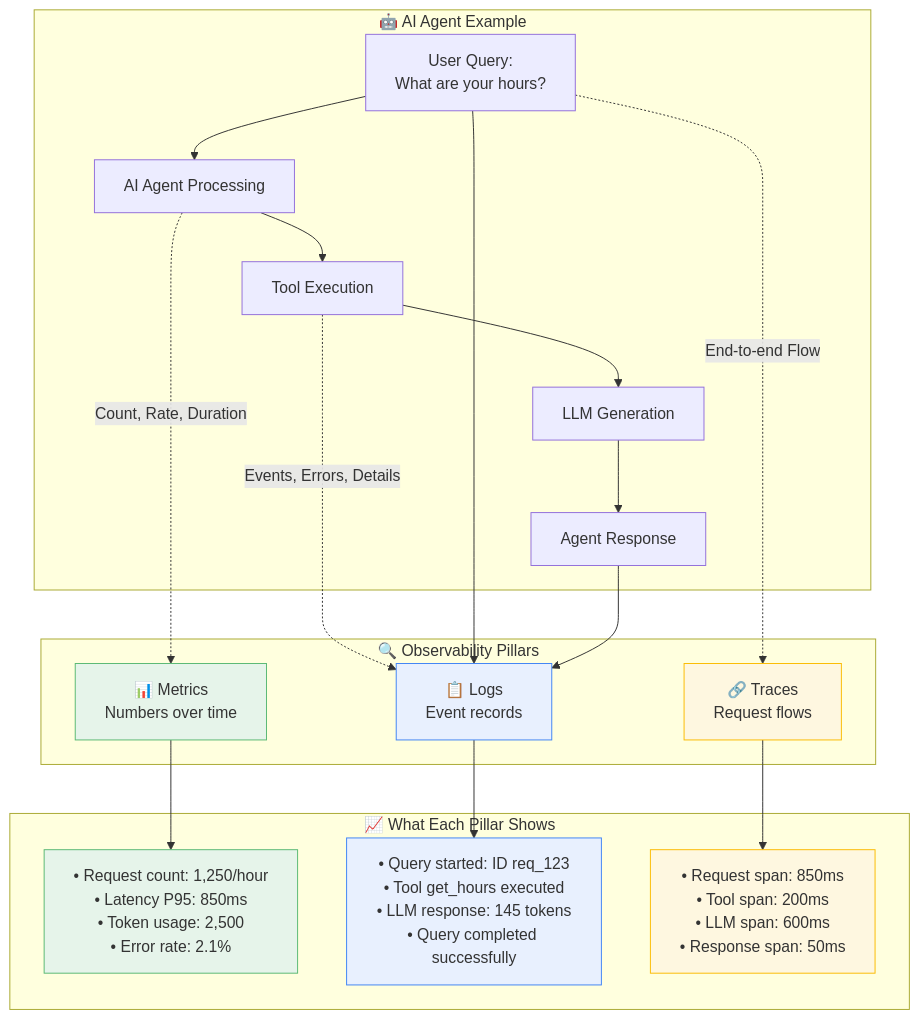
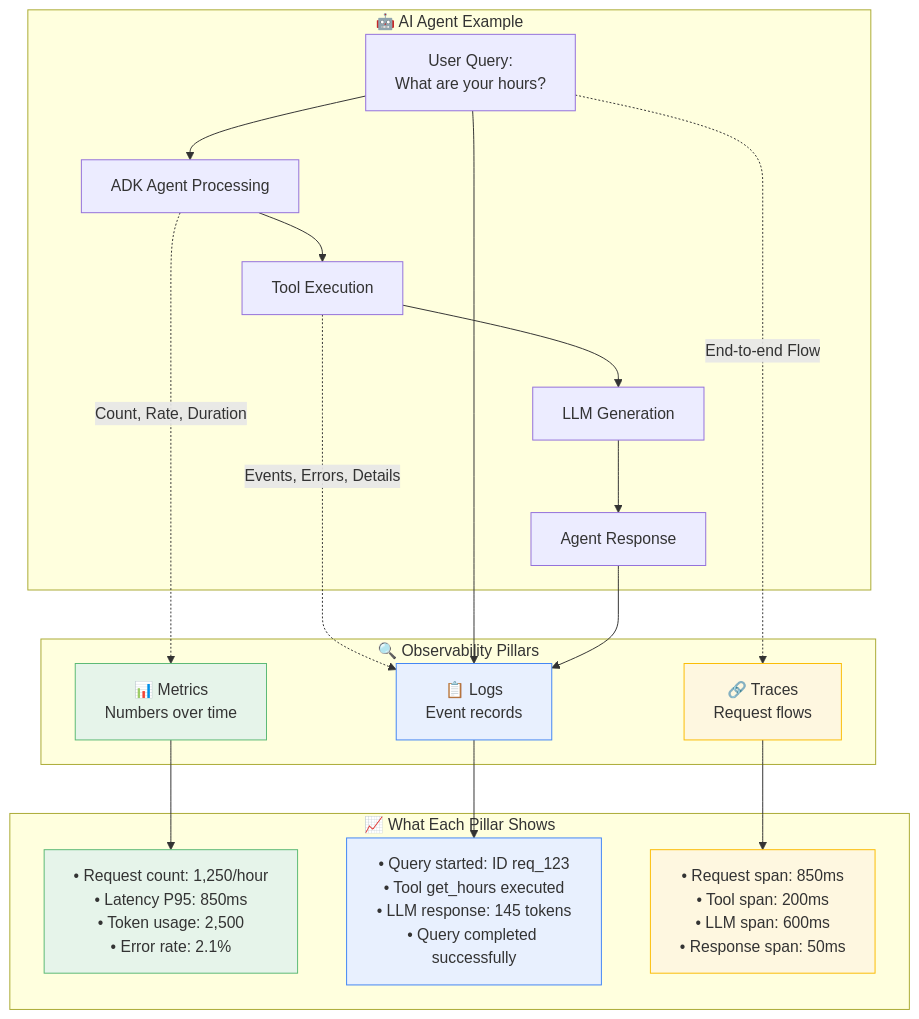
One commit to raphaelmansuy/tutorials changed the first of 4 diagrams in 31_observability_llm_adk_vertex.md. Above: the diagram before and after it, drawn with Mermaid. The commit also changed other lines of this file, not shown here.

Commit message:
Update observability tutorial to enhance clarity and accuracy. Add collapsible section for prerequisites, clarify model deprecation timelines, and update references to ADK. Adjust examples and diagrams to reflect changes in terminology and improve overall content structure.

````diff
--- a/31_observability_llm_adk_vertex.md
+++ b/31_observability_llm_adk_vertex.md
@@ -275,46 +278,46 @@
 ```mermaid
 flowchart TB
     subgraph "🔍 Observability Pillars"
         METRICS[📊 Metrics<br/>Numbers over time]
         LOGS[📋 Logs<br/>Event records]
         TRACES[🔗 Traces<br/>Request flows]
     end
 
     subgraph "🤖 AI Agent Example"
         REQUEST[User Query:<br/>What are your hours?]
-        AGENT[AI Agent Processing]
+        AGENT[ADK Agent Processing]
         TOOLS[Tool Execution]
         LLM[LLM Generation]
         RESPONSE[Agent Response]
     end
 
     subgraph "📈 What Each Pillar Shows"
         M_DATA[• Request count: 1,250/hour<br/>• Latency P95: 850ms<br/>• Token usage: 2,500<br/>• Error rate: 2.1%]
         L_DATA[• Query started: ID req_123<br/>• Tool get_hours executed<br/>• LLM response: 145 tokens<br/>• Query completed successfully]
         T_DATA[• Request span: 850ms<br/>• Tool span: 200ms<br/>• LLM span: 600ms<br/>• Response span: 50ms]
     end
 
     REQUEST --> AGENT
     AGENT --> TOOLS
     TOOLS --> LLM
     LLM --> RESPONSE
 
     AGENT -.->|Count, Rate, Duration| METRICS
     TOOLS -.->|Events, Errors, Details| LOGS
     REQUEST -.->|End-to-end Flow| TRACES
 
     METRICS --> M_DATA
     LOGS --> L_DATA
     TRACES --> T_DATA
 
     REQUEST --> LOGS
     RESPONSE --> LOGS
 
 
     style METRICS fill:#e6f4ea,stroke:#5bb974
     style LOGS fill:#e8f0fe,stroke:#4285f4
     style TRACES fill:#fef7e0,stroke:#fbbc04
     style M_DATA fill:#e6f4ea,stroke:#5bb974
     style L_DATA fill:#e8f0fe,stroke:#4285f4
     style T_DATA fill:#fef7e0,stroke:#fbbc04
 ```
````
